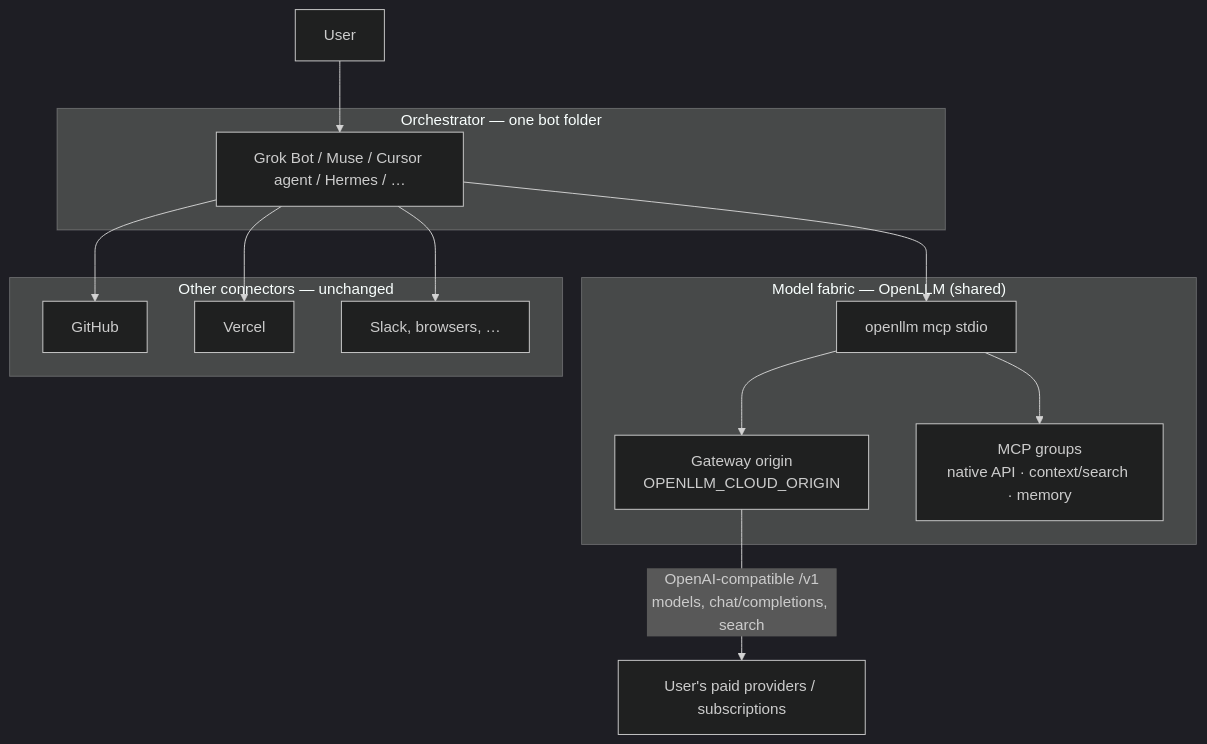
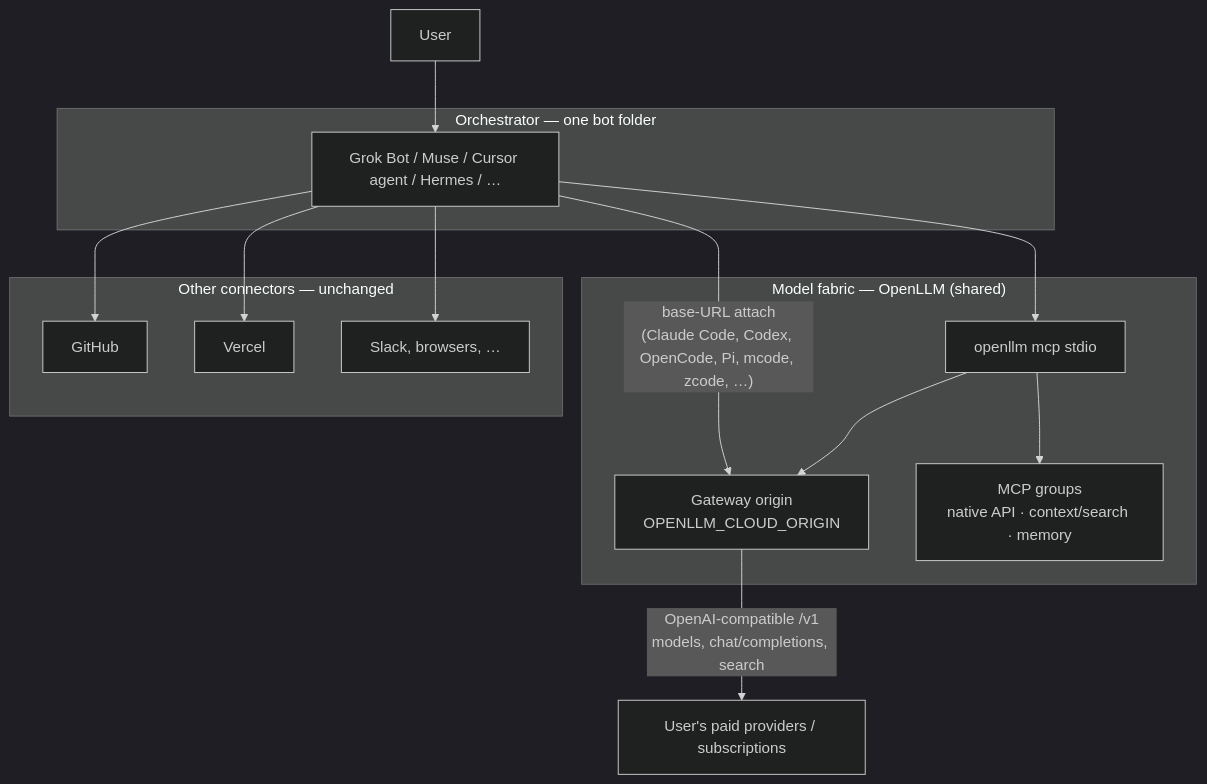
Before and after one commit to MindDragonLabs/openllm-bots: the diagram in shared/architecture.md, drawn with Mermaid (dark theme). The commit also changed other lines of this file and 19 other files, not shown here.

````diff
--- a/shared/architecture.md
+++ b/shared/architecture.md
@@ -24,29 +26,30 @@
 ```mermaid
 flowchart TB
   user[User]
 
   subgraph orch["Orchestrator — one bot folder"]
     agent["Grok Bot / Muse / Cursor agent / Hermes / …"]
   end
 
   subgraph fabric["Model fabric — OpenLLM (shared)"]
     mcp["openllm mcp stdio"]
     gw["Gateway origin<br/>OPENLLM_CLOUD_ORIGIN"]
     groups["MCP groups<br/>native API · context/search · memory"]
   end
 
   subgraph others["Other connectors — unchanged"]
     gh[GitHub]
     vercel[Vercel]
     more[Slack, browsers, …]
   end
 
   user --> agent
+  agent -->|"base-URL attach<br/>(Claude Code, Codex, OpenCode, Pi, mcode, zcode, …)"| gw
   agent --> mcp
   mcp --> groups
   mcp --> gw
   gw -->|"OpenAI-compatible /v1<br/>models, chat/completions, search"| providers["User's paid providers / subscriptions"]
   agent --> gh
   agent --> vercel
   agent --> more
 ```
````
